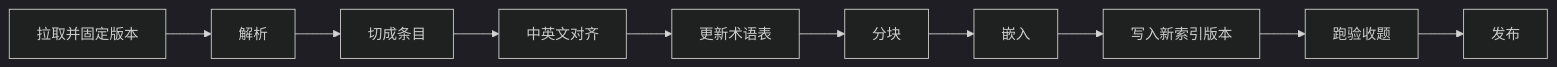
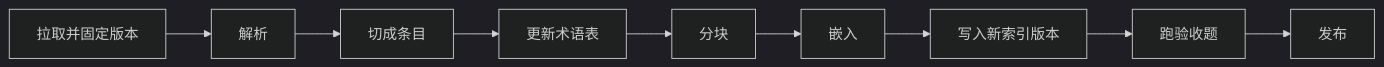
The first of 2 diagrams in design/07-pipelines.md (MingHao00/ElderBrain), drawn with Mermaid (dark theme) before and after one commit. The commit also changed other lines of this file and 125 other files, not shown here.

````diff
--- a/design/07-pipelines.md
+++ b/design/07-pipelines.md
@@ -20,12 +20,11 @@
 ```mermaid
 flowchart LR
     Pin[拉取并固定版本] --> Parse[解析]
     Parse --> Entry[切成条目]
-    Entry --> Align[中英文对齐]
-    Align --> Term[更新术语表]
+    Entry --> Term[更新术语表]
     Term --> Chunk[分块]
     Chunk --> Embed[嵌入]
     Embed --> Build[写入新索引版本]
     Build --> Eval[跑验收题]
     Eval --> Publish[发布]
 ```
````
